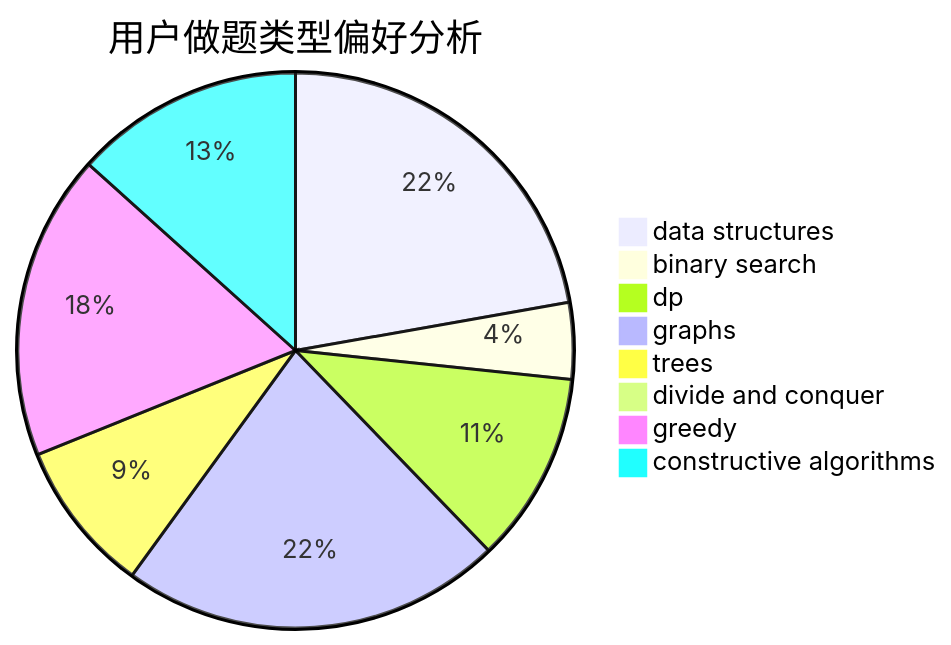
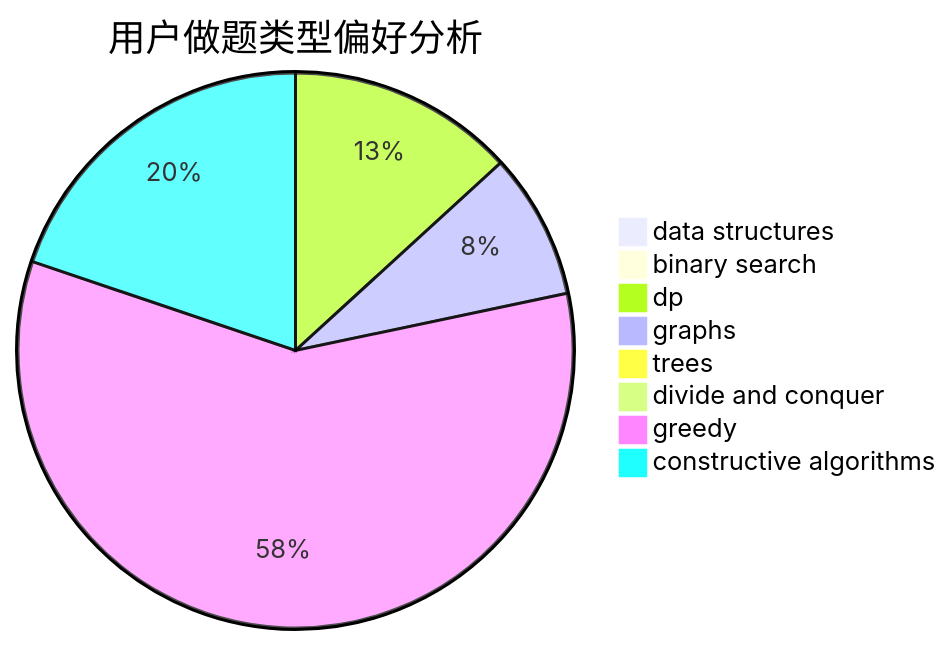
One commit to sherpahu/cfrs.github.io changed the second of 3 diagrams in docs/user/u1274.md. Above: the diagram before and after it, drawn with Mermaid. The commit also changed other lines of this file and 2770 other files, not shown here.

````diff
--- a/docs/user/u1274.md
+++ b/docs/user/u1274.md
@@ -23,11 +23,11 @@
 ```mermaid
 pie title 用户做题类型偏好分析
-    "data structures" :  10
-    "binary search" :  2
-    "dp" :  5
-    "graphs" :  10
-    "trees" :  4
+    "data structures" :  0
+    "binary search" :  1
+    "dp" :  14
+    "graphs" :  9
+    "trees" :  0
     "divide and conquer" :  0
-    "greedy" :  8
-    "constructive algorithms" :  6
+    "greedy" :  62
+    "constructive algorithms" :  21
 ```
````
